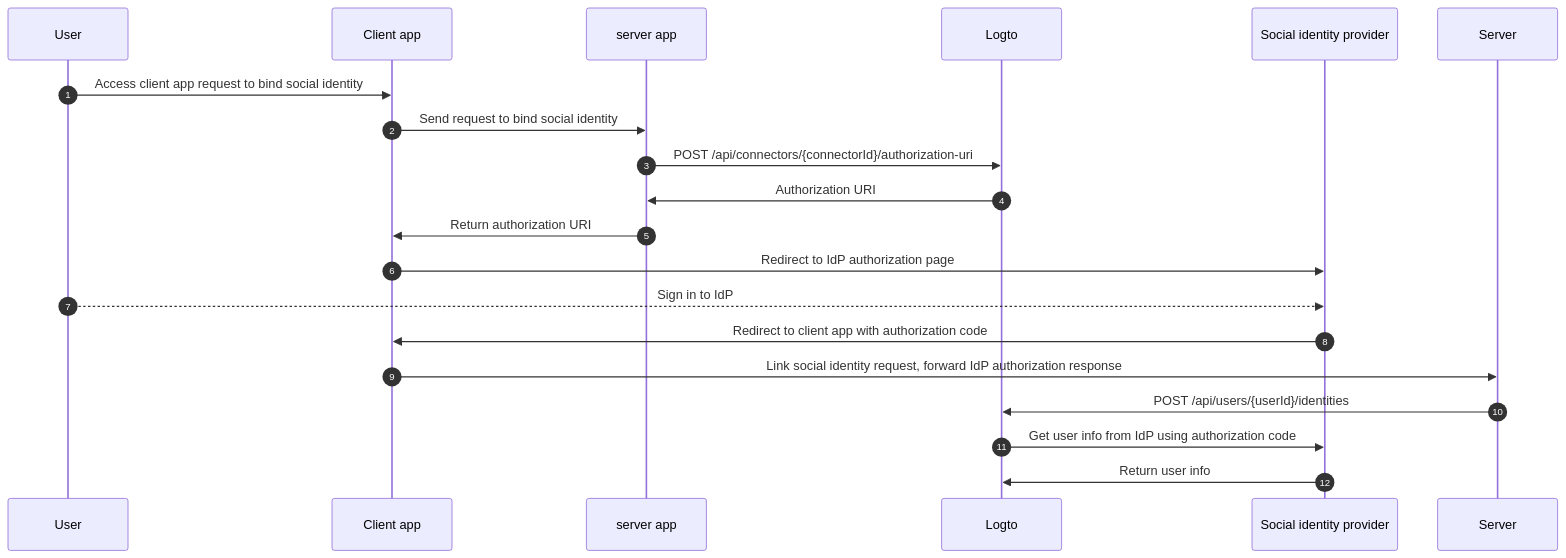
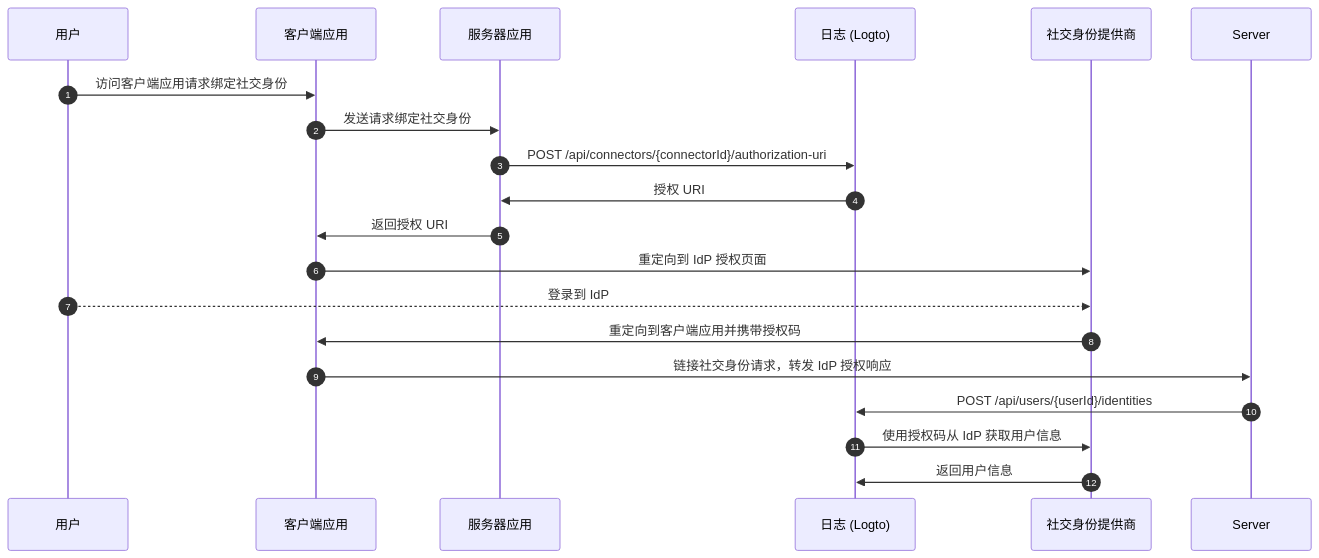
Before and after one commit to logto-io/docs: the third of 3 diagrams in i18n/zh-CN/docusaurus-plugin-content-docs/current/end-user-flows/account-settings/by-management-api.mdx, drawn with Mermaid. The commit also changed other lines of this file and 449 other files, not shown here.

````diff
--- a/i18n/zh-CN/docusaurus-plugin-content-docs/current/end-user-flows/account-settings/by-management-api.mdx
+++ b/i18n/zh-CN/docusaurus-plugin-content-docs/current/end-user-flows/account-settings/by-management-api.mdx
@@ -120,22 +120,22 @@
 ```mermaid
 sequenceDiagram
     autoNumber
-    participant User as User
-    participant Client as Client app
-    participant App as server app
-    participant Logto as Logto
-    participant IdP as Social identity provider
+    participant User as 用户
+    participant Client as 客户端应用
+    participant App as 服务器应用
+    participant Logto as 日志 (Logto)
+    participant IdP as 社交身份提供商
 
-    User ->> Client: Access client app request to bind social identity
-    Client ->> App: Send request to bind social identity
+    User ->> Client: 访问客户端应用请求绑定社交身份
+    Client ->> App: 发送请求绑定社交身份
     App ->> Logto: POST /api/connectors/{connectorId}/authorization-uri
-    Logto ->> App: Authorization URI
-    App ->> Client: Return authorization URI
-    Client ->> IdP: Redirect to IdP authorization page
-    User -->> IdP: Sign in to IdP
-    IdP ->> Client: Redirect to client app with authorization code
-    Client ->> Server: Link social identity request, forward IdP authorization response
+    Logto ->> App: 授权 URI
+    App ->> Client: 返回授权 URI
+    Client ->> IdP: 重定向到 IdP 授权页面
+    User -->> IdP: 登录到 IdP
+    IdP ->> Client: 重定向到客户端应用并携带授权码
+    Client ->> Server: 链接社交身份请求，转发 IdP 授权响应
     Server ->> Logto: POST /api/users/{userId}/identities
-    Logto ->> IdP: Get user info from IdP using authorization code
-    IdP ->> Logto: Return user info
+    Logto ->> IdP: 使用授权码从 IdP 获取用户信息
+    IdP ->> Logto: 返回用户信息
 ```
````
